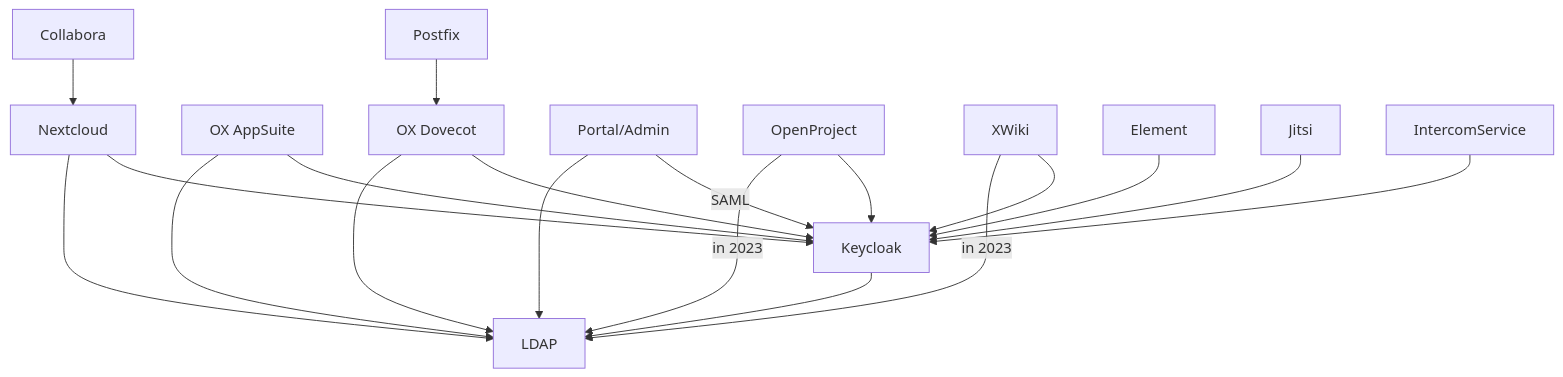
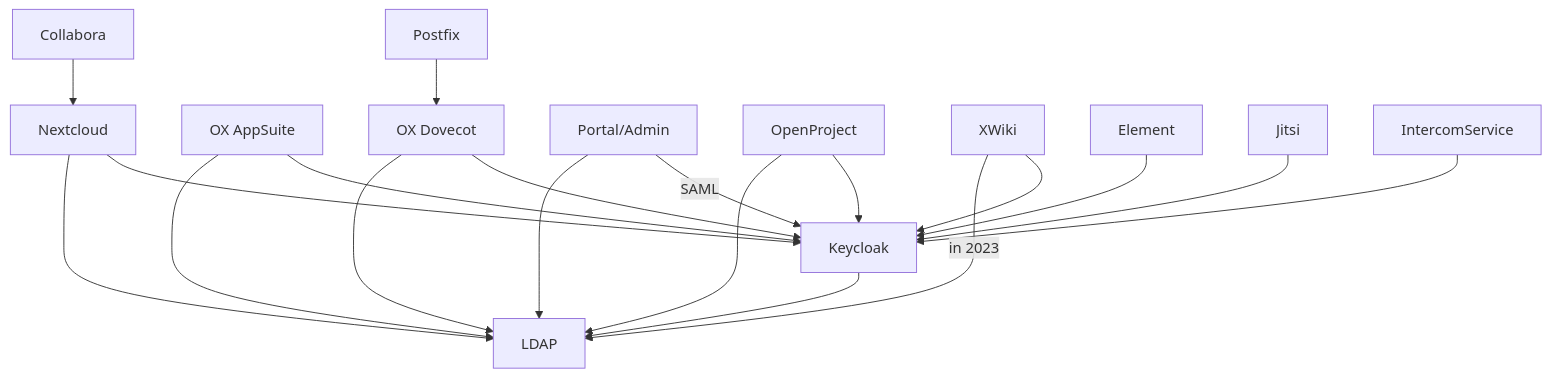
Before and after one commit to tobias-weiss-ai-xr/opendesk-edu: the second of 2 diagrams in README.md, drawn with Mermaid. The commit also changed other lines of this file and 42 other files, not shown here.

````diff
--- a/README.md
+++ b/README.md
@@ -368,21 +367,21 @@
 ```mermaid
 flowchart TD
     K[Keycloak]-->L[LDAP]
     N[Nextcloud]-->L
     A[OX AppSuite]-->L
     D[OX Dovecot]-->L
     P[Portal/Admin]-->L
-    O[OpenProject]-->|in 2023|L
+    O[OpenProject]-->L
     X[XWiki]-->|in 2023|L
     A-->K
     N-->K
     D-->K
     O-->K
     X-->K
     P-->|SAML|K
     E[Element]-->K
     J[Jitsi]-->K
     I[IntercomService]-->K
     C[Collabora]-->N
     F[Postfix]-->D
 ```
````
